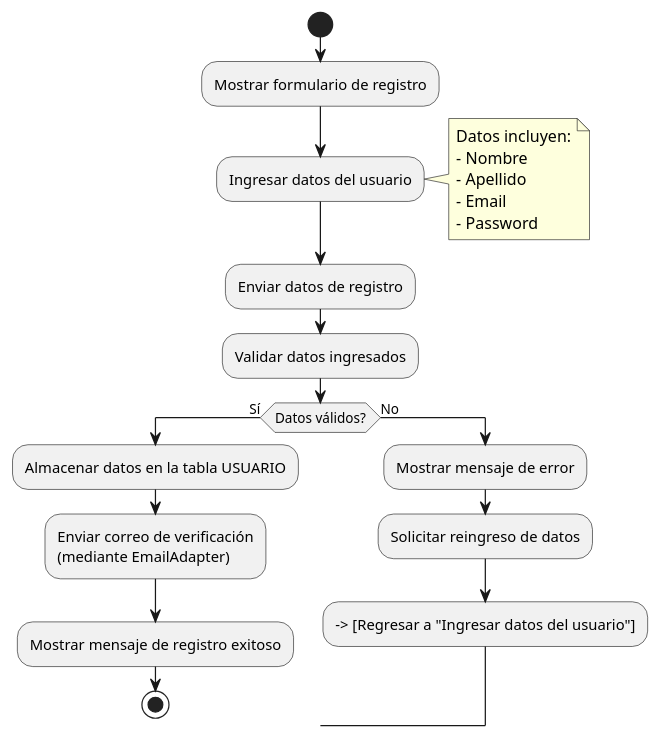
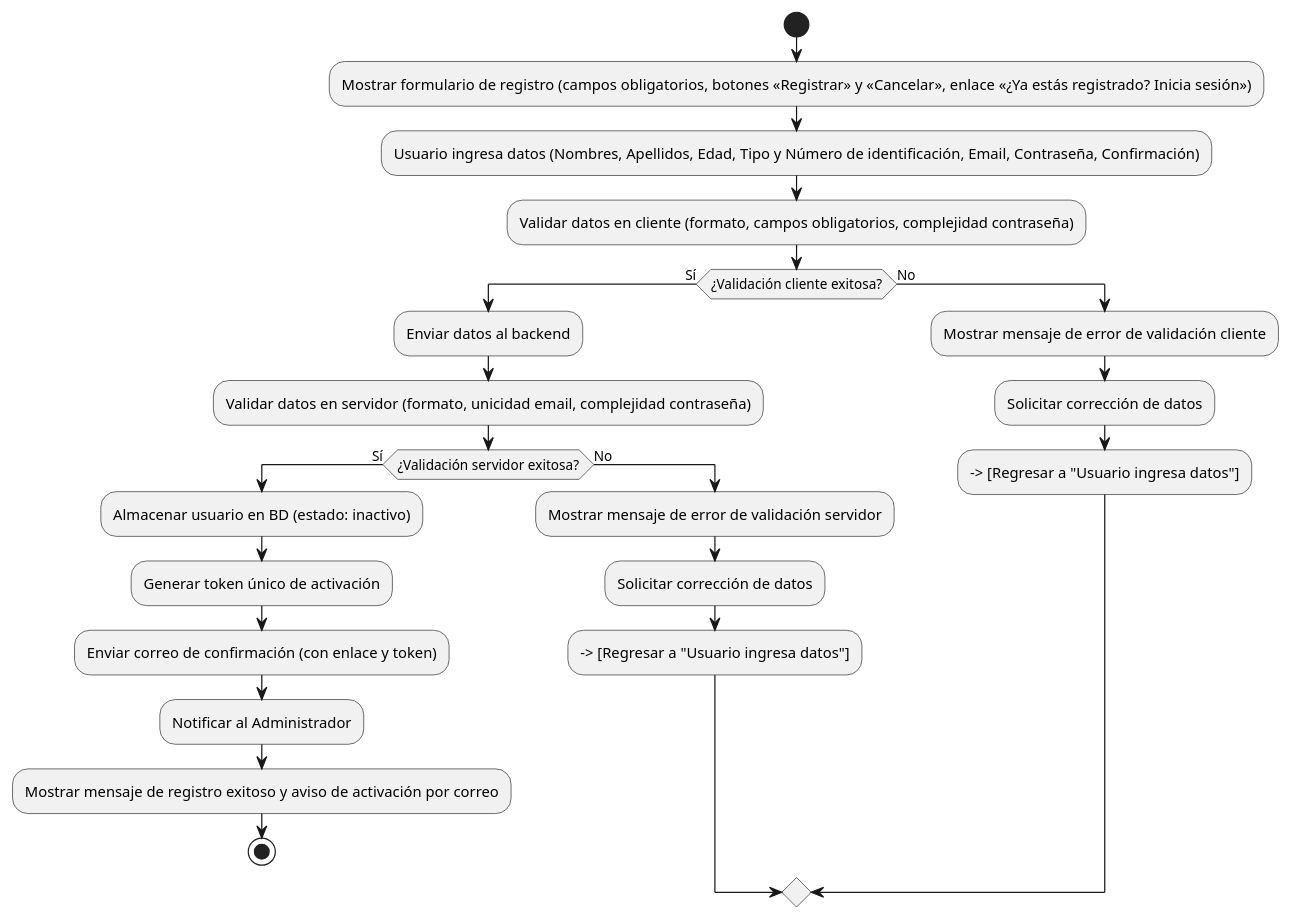
The diagram in Diagramas/PUML/diagramaActResgistroUsu.puml (wilmereleon/PlenaStudio), drawn with PlantUML before and after one commit. The commit also changed 13 other files, not shown here.

```diff
--- a/Diagramas/PUML/diagramaActResgistroUsu.puml
+++ b/Diagramas/PUML/diagramaActResgistroUsu.puml
@@ -1,24 +1,26 @@
 @startuml
 start
-:Mostrar formulario de registro;
-:Ingresar datos del usuario;
-  note right
-    Datos incluyen:
-    - Nombre
-    - Apellido
-    - Email
-    - Password
-  end note
-:Enviar datos de registro;
-:Validar datos ingresados;
-if (Datos válidos?) then (Sí)
-  :Almacenar datos en la tabla USUARIO;
-  :Enviar correo de verificación\n(mediante EmailAdapter);
-  :Mostrar mensaje de registro exitoso;
-  stop
+:Mostrar formulario de registro (campos obligatorios, botones «Registrar» y «Cancelar», enlace «¿Ya estás registrado? Inicia sesión»);
+:Usuario ingresa datos (Nombres, Apellidos, Edad, Tipo y Número de identificación, Email, Contraseña, Confirmación);
+:Validar datos en cliente (formato, campos obligatorios, complejidad contraseña);
+if (¿Validación cliente exitosa?) then (Sí)
+  :Enviar datos al backend;
+  :Validar datos en servidor (formato, unicidad email, complejidad contraseña);
+  if (¿Validación servidor exitosa?) then (Sí)
+    :Almacenar usuario en BD (estado: inactivo);
+    :Generar token único de activación;
+    :Enviar correo de confirmación (con enlace y token);
+    :Notificar al Administrador;
+    :Mostrar mensaje de registro exitoso y aviso de activación por correo;
+    stop
+  else (No)
+    :Mostrar mensaje de error de validación servidor;
+    :Solicitar corrección de datos;
+    --> [Regresar a "Usuario ingresa datos"]
+  endif
 else (No)
-  :Mostrar mensaje de error;
-  :Solicitar reingreso de datos;
-  --> [Regresar a "Ingresar datos del usuario"]
+  :Mostrar mensaje de error de validación cliente;
+  :Solicitar corrección de datos;
+  --> [Regresar a "Usuario ingresa datos"]
 endif
 @enduml
```
